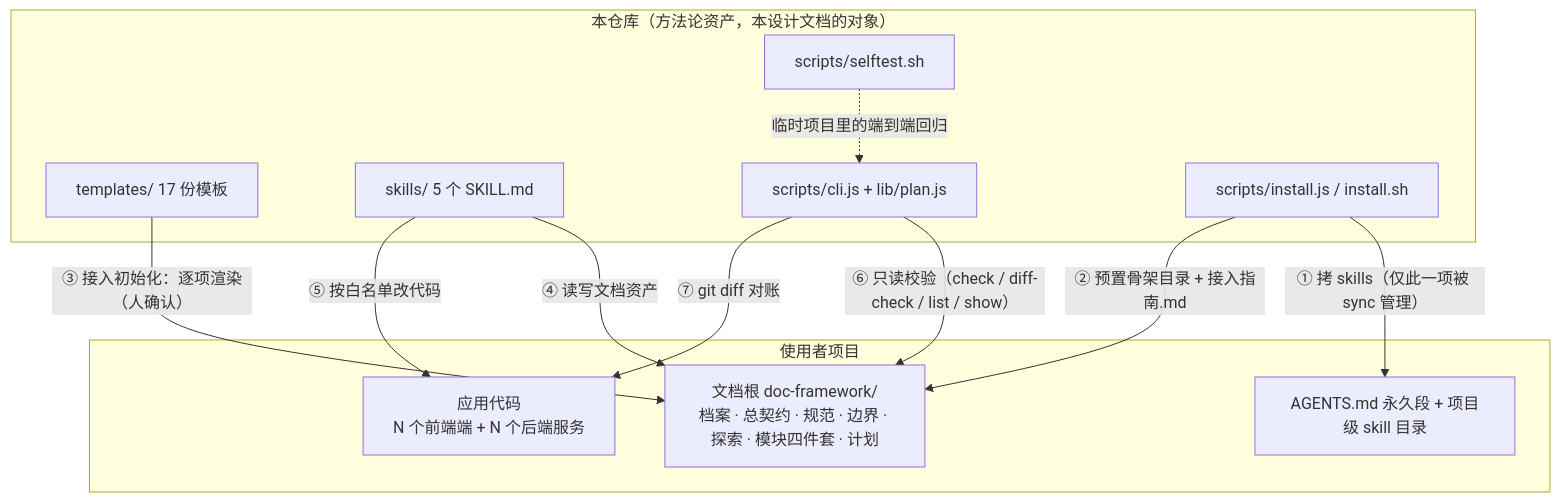
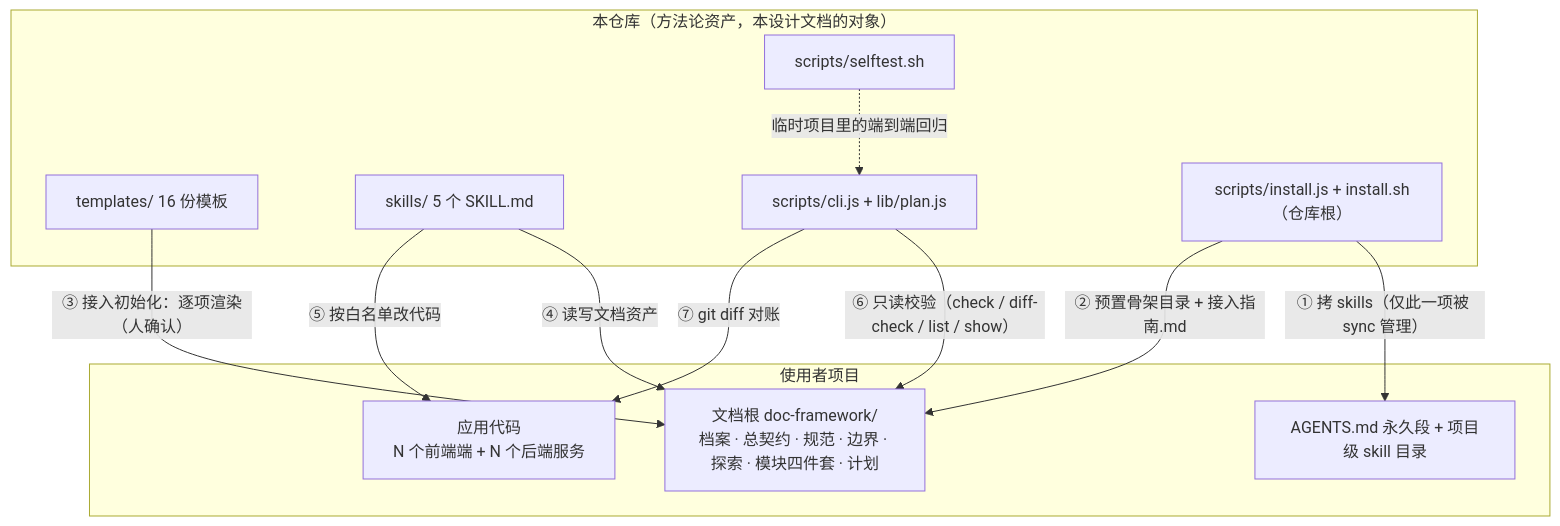
The first of 3 diagrams in docs/设计文档.md (knight-peter/doc-framework), drawn with Mermaid before and after one commit. The commit also changed other lines of this file and 33 other files, not shown here.

````diff
--- a/docs/设计文档.md
+++ b/docs/设计文档.md
@@ -39,23 +39,23 @@
 ```mermaid
 flowchart TB
     subgraph REPO["本仓库（方法论资产，本设计文档的对象）"]
-        TPL["templates/ 17 份模板"]
+        TPL["templates/ 16 份模板"]
         SKL["skills/ 5 个 SKILL.md"]
         CLI["scripts/cli.js + lib/plan.js"]
-        INS["scripts/install.js / install.sh"]
+        INS["scripts/install.js + install.sh（仓库根）"]
         ST["scripts/selftest.sh"]
     end
     subgraph PROJ["使用者项目"]
         DOC["文档根 doc-framework/<br/>档案 · 总契约 · 规范 · 边界 · 探索 · 模块四件套 · 计划"]
         CODE["应用代码<br/>N 个前端端 + N 个后端服务"]
         AG["AGENTS.md 永久段 + 项目级 skill 目录"]
     end
     INS -->|"① 拷 skills（仅此一项被 sync 管理）"| AG
     INS -->|"② 预置骨架目录 + 接入指南.md"| DOC
     TPL -->|"③ 接入初始化：逐项渲染（人确认）"| DOC
     SKL -->|"④ 读写文档资产"| DOC
     SKL -->|"⑤ 按白名单改代码"| CODE
     CLI -->|"⑥ 只读校验（check / diff-check / list / show）"| DOC
     CLI -->|"⑦ git diff 对账"| CODE
     ST -.->|"临时项目里的端到端回归"| CLI
 ```
````
